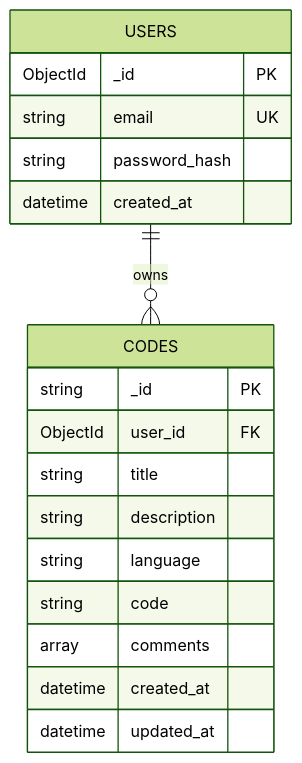
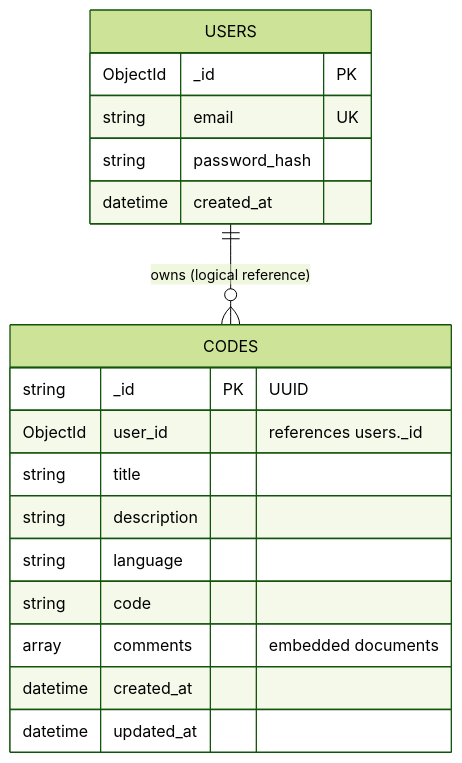
The diagram in backend/README.md (xvierdev/memcode), drawn with Mermaid (forest theme) before and after one commit. The commit also changed other lines of this file and 2 other files, not shown here.

````diff
--- a/backend/README.md
+++ b/backend/README.md
@@ -7,21 +13,21 @@
 ```mermaid
 erDiagram
-    USERS ||--o{ CODES : owns
+    USERS ||--o{ CODES : "owns (logical reference)"
     USERS {
         ObjectId _id PK
         string email UK
         string password_hash
         datetime created_at
     }
     CODES {
-        string _id PK
-        ObjectId user_id FK
+        string _id PK "UUID"
+        ObjectId user_id "references users._id"
         string title
         string description
         string language
         string code
-        array comments
+        array comments "embedded documents"
         datetime created_at
         datetime updated_at
     }
 ```
````
